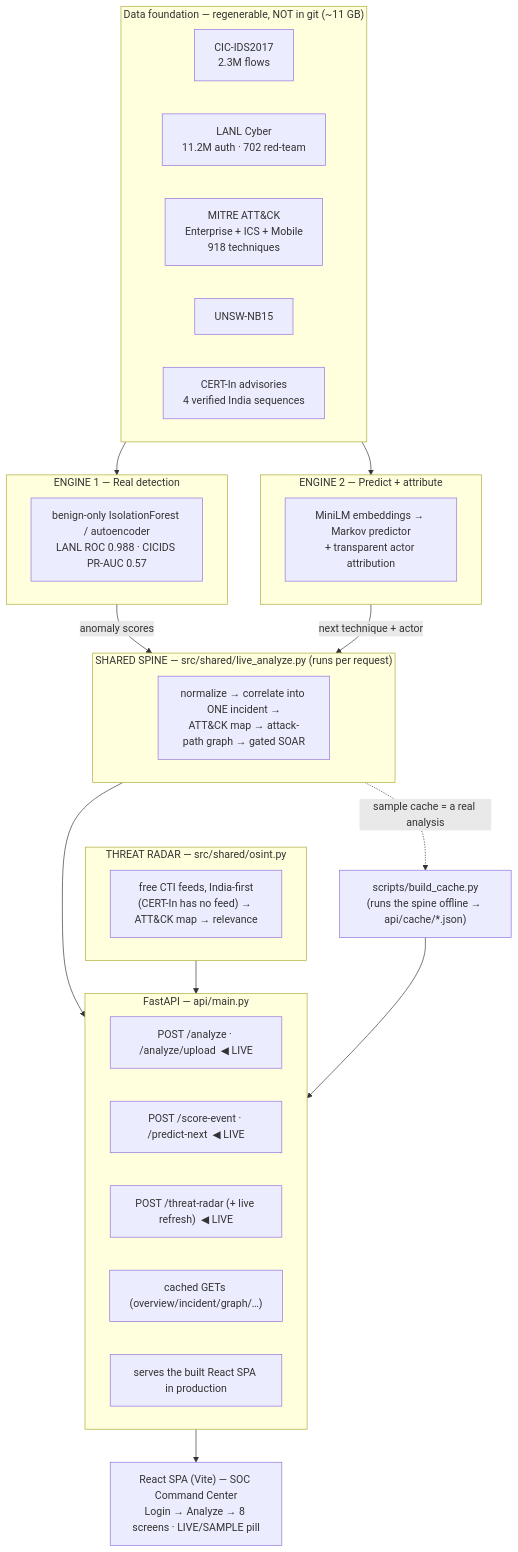
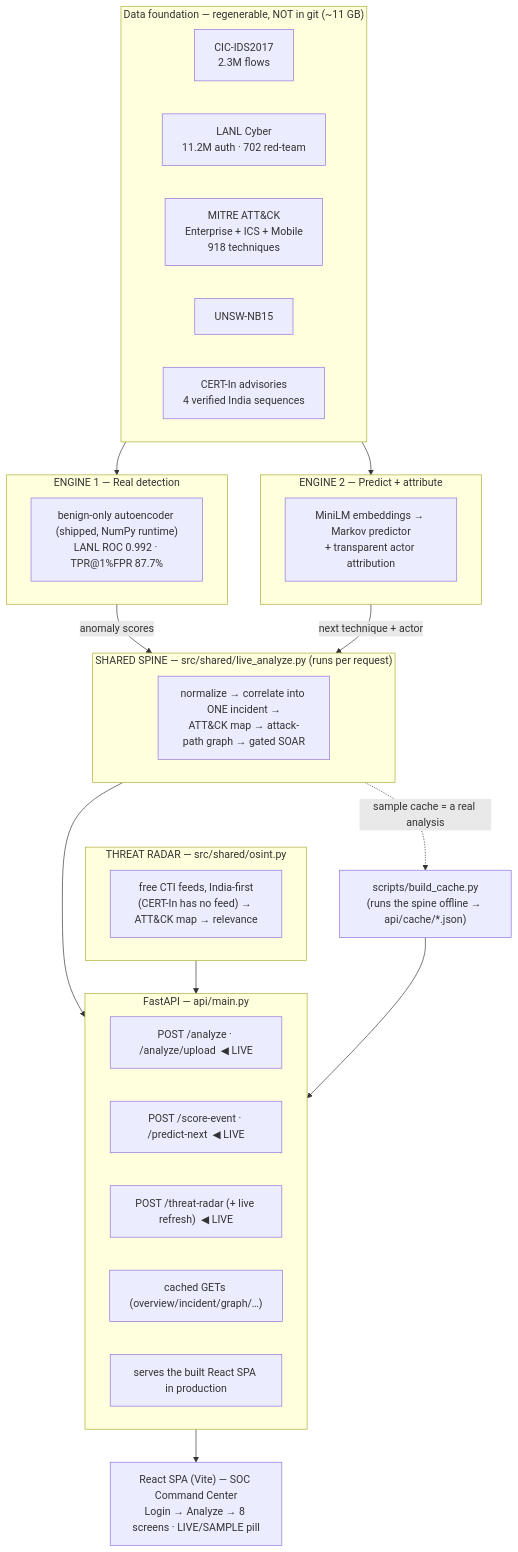
One commit to RishiiGamer2201/resilience-graph-ai changed the first of 2 diagrams in architecture.md. Above: the diagram before and after it, drawn with Mermaid. The commit also changed 35 other files, not shown here.

````diff
--- a/architecture.md
+++ b/architecture.md
@@ -7,46 +7,46 @@
 ```mermaid
 flowchart TB
   subgraph DATA["Data foundation — regenerable, NOT in git (~11 GB)"]
     CIC["CIC-IDS2017<br/>2.3M flows"]
     LANL["LANL Cyber<br/>11.2M auth · 702 red-team"]
     ATTACK["MITRE ATT&CK<br/>Enterprise + ICS + Mobile<br/>918 techniques"]
     UNSW["UNSW-NB15"]
     CERTIN["CERT-In advisories<br/>4 verified India sequences"]
   end
 
   subgraph E1["ENGINE 1 — Real detection"]
-    IF["benign-only IsolationForest / autoencoder<br/>LANL ROC 0.988 · CICIDS PR-AUC 0.57"]
+    IF["benign-only autoencoder (shipped, NumPy runtime)<br/>LANL ROC 0.992 · TPR@1%FPR 87.7%"]
   end
   subgraph E2["ENGINE 2 — Predict + attribute"]
     PRED["MiniLM embeddings → Markov predictor<br/>+ transparent actor attribution"]
   end
 
   DATA --> E1
   DATA --> E2
 
   subgraph SPINE["SHARED SPINE — src/shared/live_analyze.py (runs per request)"]
     S["normalize → correlate into ONE incident →<br/>ATT&CK map → attack-path graph → gated SOAR"]
   end
   E1 -- "anomaly scores" --> SPINE
   E2 -- "next technique + actor" --> SPINE
 
   subgraph RADAR["THREAT RADAR — src/shared/osint.py"]
     FEEDS["free CTI feeds, India-first<br/>(CERT-In has no feed) → ATT&CK map → relevance"]
   end
 
   SPINE --> API
   RADAR --> API
   BUILD["scripts/build_cache.py<br/>(runs the spine offline → api/cache/*.json)"]
   SPINE -. "sample cache = a real analysis" .-> BUILD
   BUILD --> API
 
   subgraph API["FastAPI — api/main.py"]
     A1["POST /analyze · /analyze/upload  ◀ LIVE"]
     A2["POST /score-event · /predict-next  ◀ LIVE"]
     A3["POST /threat-radar (+ live refresh)  ◀ LIVE"]
     A4["cached GETs (overview/incident/graph/…)"]
     A5["serves the built React SPA in production"]
   end
 
   API --> SPA["React SPA (Vite) — SOC Command Center<br/>Login → Analyze → 8 screens · LIVE/SAMPLE pill"]
 ```
````
